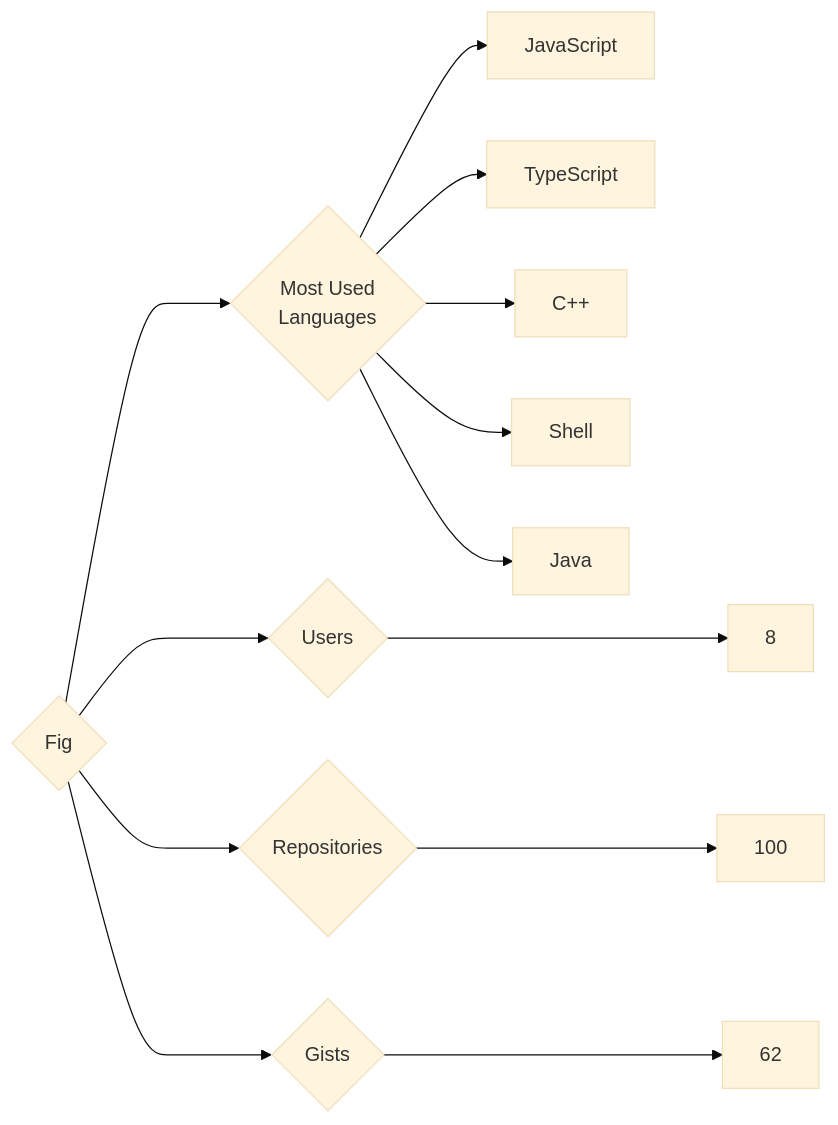
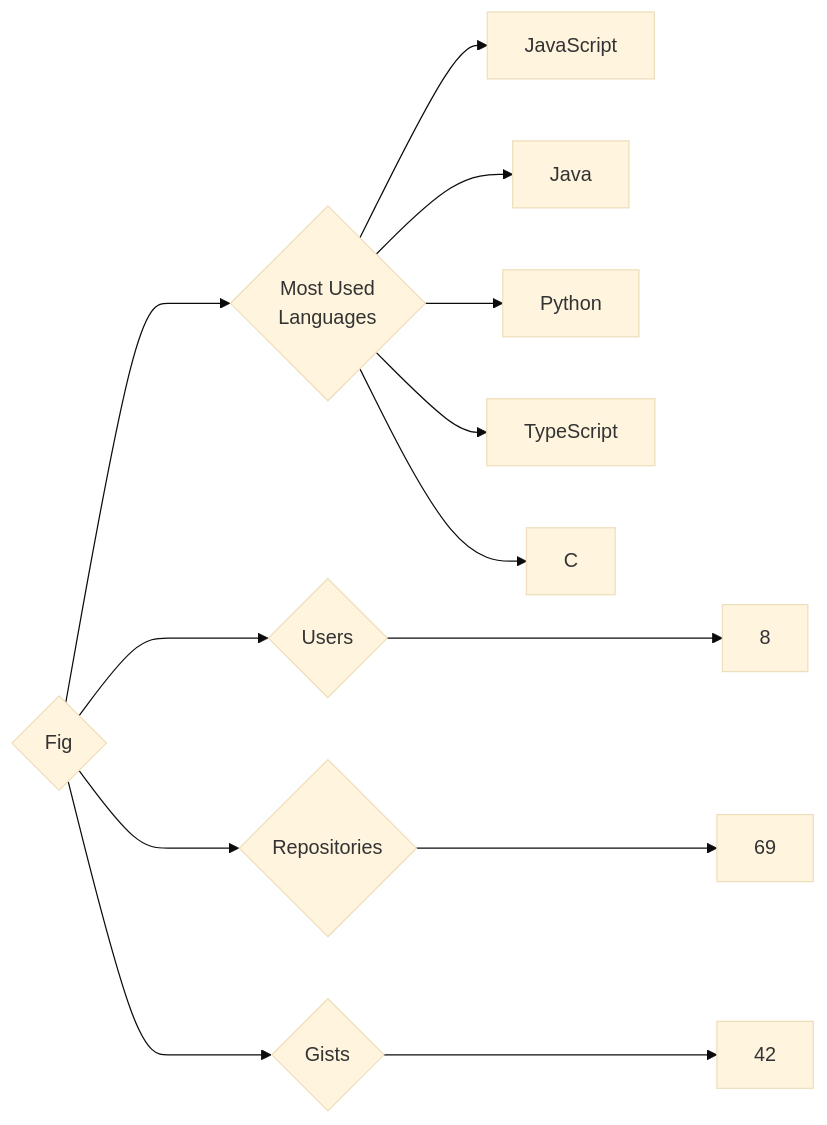
Before and after one commit to trickest/insiders: the diagram in targets/Fig/README.md, drawn with Mermaid (base theme). The commit also changed 895 other files, not shown here.

````diff
--- a/targets/Fig/README.md
+++ b/targets/Fig/README.md
@@ -3,13 +3,13 @@
 ```mermaid
 graph LR
 COMPANY_NAME{Fig}
 COMPANY_NAME ---> U{Users} ---> UN[8]
-COMPANY_NAME ---> R{Repositories} ---> RN[100]
-COMPANY_NAME ---> G{Gists} ---> GN[62]
+COMPANY_NAME ---> R{Repositories} ---> RN[69]
+COMPANY_NAME ---> G{Gists} ---> GN[42]
 COMPANY_NAME ---> ML{Most Used<br>Languages}
 ML --> JavaScript[JavaScript]
+ML --> Java[Java]
+ML --> Python[Python]
 ML --> TypeScript[TypeScript]
-ML --> C++[C++]
-ML --> Shell[Shell]
-ML --> Java[Java]
+ML --> C[C]
 ```
````
